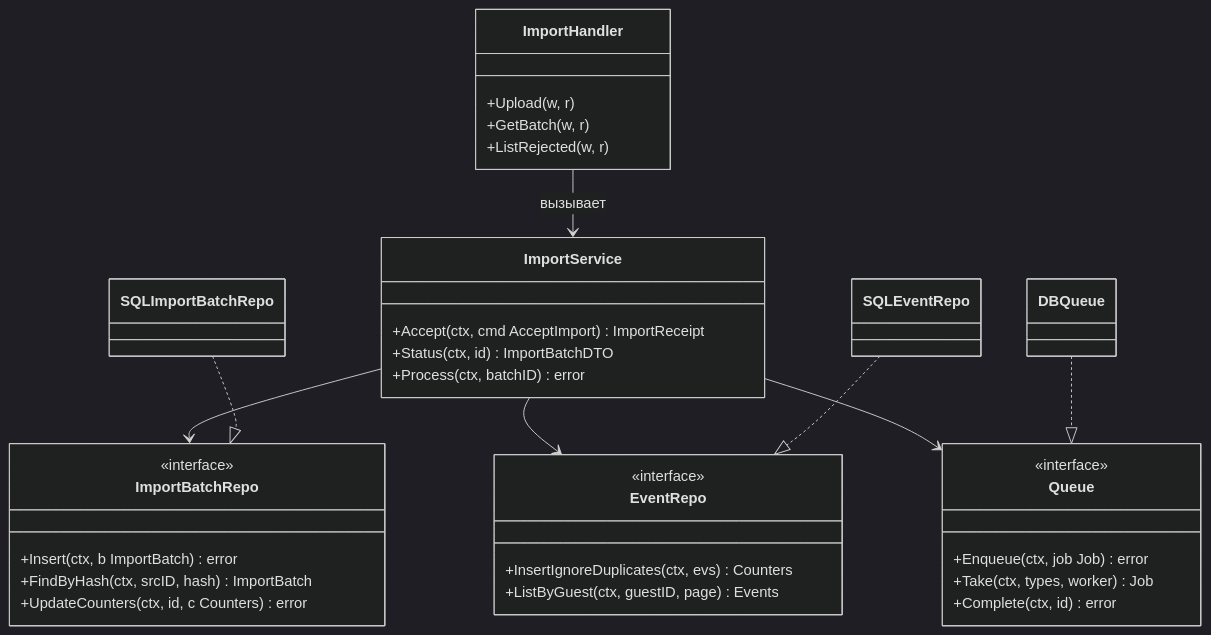
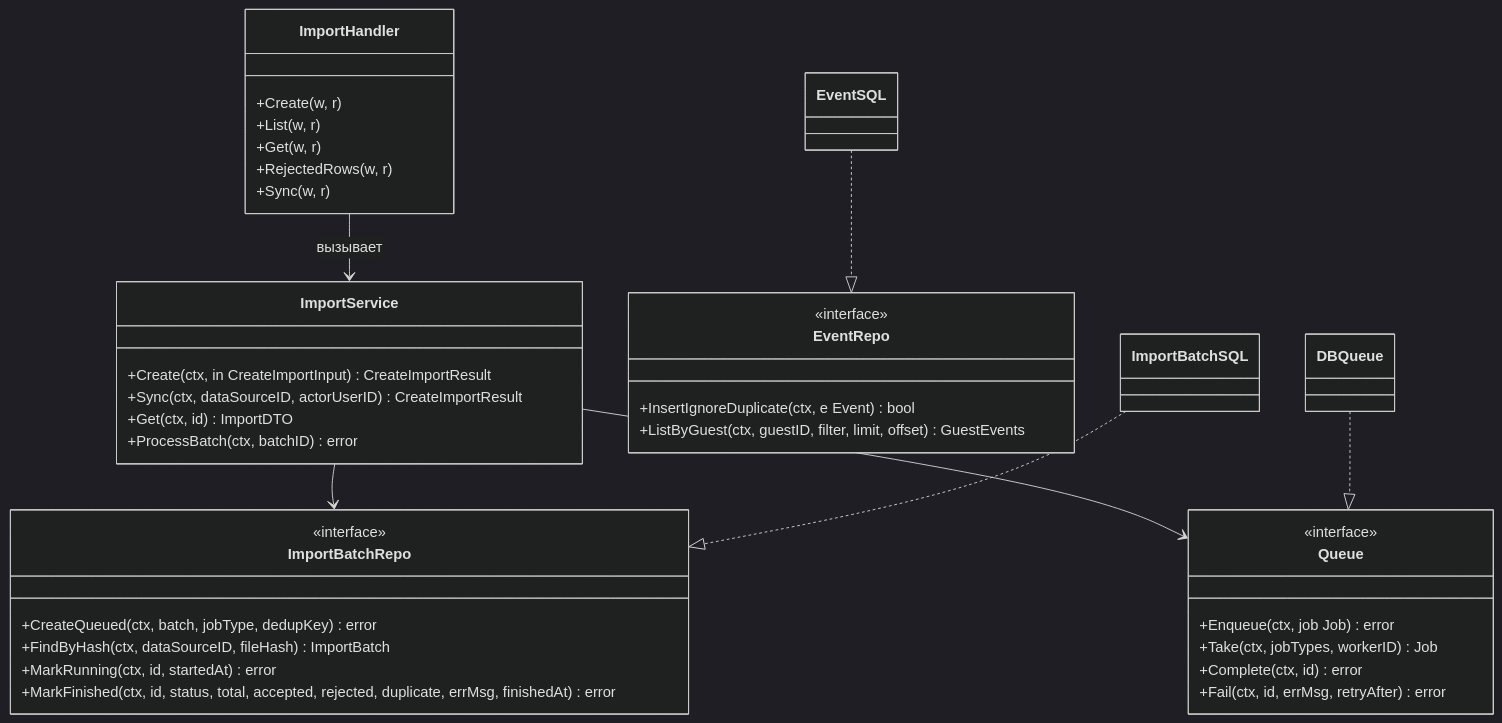
Before and after one commit to MangriMen/UCRP: the first of 6 diagrams in docs/design/10-class-diagram.md, drawn with Mermaid (dark theme). The commit also changed other lines of this file and 195 other files, not shown here.

````diff
--- a/docs/design/10-class-diagram.md
+++ b/docs/design/10-class-diagram.md
@@ -7,40 +7,44 @@
 ```mermaid
 classDiagram
   class ImportHandler {
-    +Upload(w, r)
-    +GetBatch(w, r)
-    +ListRejected(w, r)
+    +Create(w, r)
+    +List(w, r)
+    +Get(w, r)
+    +RejectedRows(w, r)
+    +Sync(w, r)
   }
   class ImportService {
-    +Accept(ctx, cmd AcceptImport) ImportReceipt
-    +Status(ctx, id) ImportBatchDTO
-    +Process(ctx, batchID) error
+    +Create(ctx, in CreateImportInput) CreateImportResult
+    +Sync(ctx, dataSourceID, actorUserID) CreateImportResult
+    +Get(ctx, id) ImportDTO
+    +ProcessBatch(ctx, batchID) error
   }
   class ImportBatchRepo {
     <<interface>>
-    +Insert(ctx, b ImportBatch) error
-    +FindByHash(ctx, srcID, hash) ImportBatch
-    +UpdateCounters(ctx, id, c Counters) error
+    +CreateQueued(ctx, batch, jobType, dedupKey) error
+    +FindByHash(ctx, dataSourceID, fileHash) ImportBatch
+    +MarkRunning(ctx, id, startedAt) error
+    +MarkFinished(ctx, id, status, total, accepted, rejected, duplicate, errMsg, finishedAt) error
   }
   class EventRepo {
     <<interface>>
-    +InsertIgnoreDuplicates(ctx, evs) Counters
-    +ListByGuest(ctx, guestID, page) Events
+    +InsertIgnoreDuplicate(ctx, e Event) bool
+    +ListByGuest(ctx, guestID, filter, limit, offset) GuestEvents
   }
   class Queue {
     <<interface>>
     +Enqueue(ctx, job Job) error
-    +Take(ctx, types, worker) Job
+    +Take(ctx, jobTypes, workerID) Job
     +Complete(ctx, id) error
+    +Fail(ctx, id, errMsg, retryAfter) error
   }
-  class SQLImportBatchRepo
-  class SQLEventRepo
+  class ImportBatchSQL
+  class EventSQL
   class DBQueue
   ImportHandler --> ImportService : вызывает
   ImportService --> ImportBatchRepo
-  ImportService --> EventRepo
   ImportService --> Queue
-  SQLImportBatchRepo ..|> ImportBatchRepo
-  SQLEventRepo ..|> EventRepo
+  ImportBatchSQL ..|> ImportBatchRepo
+  EventSQL ..|> EventRepo
   DBQueue ..|> Queue
 ```
````
